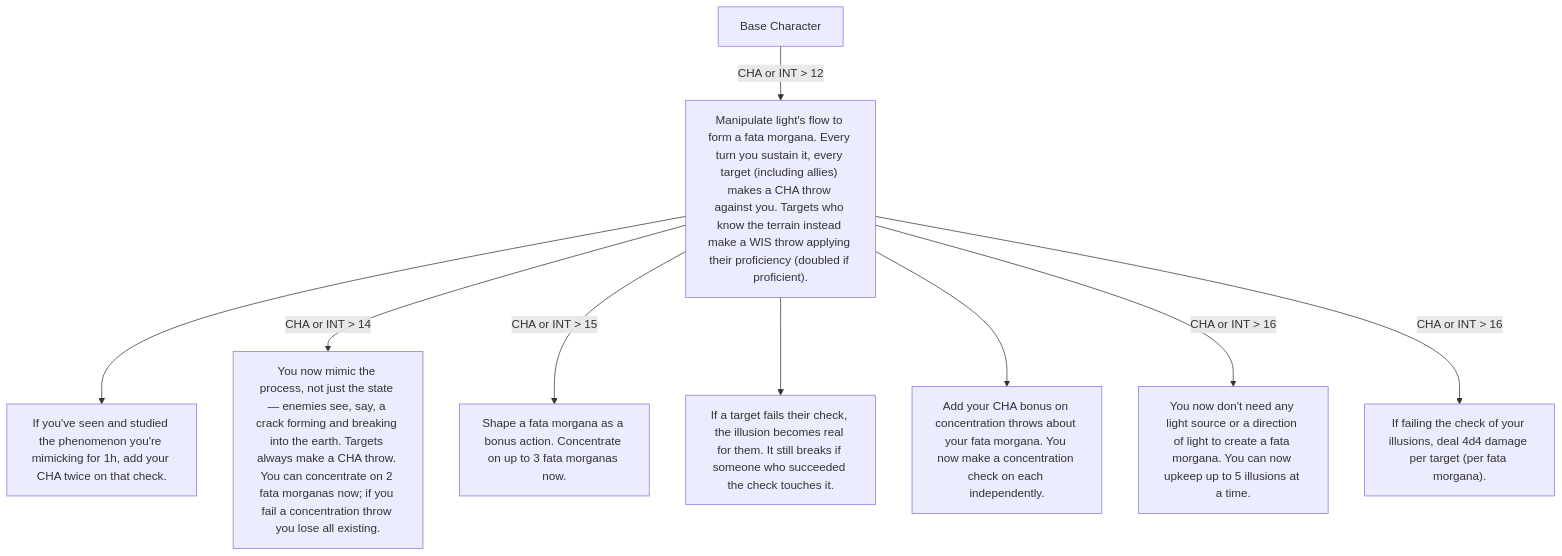
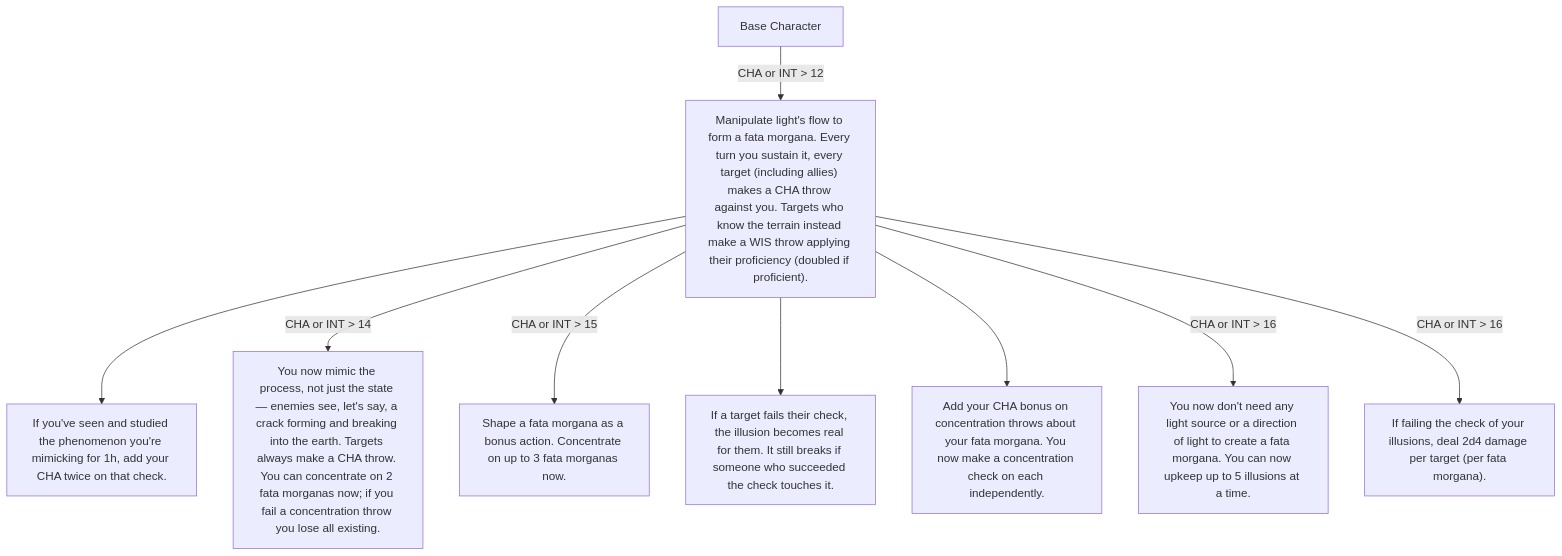
Before and after one commit to WiIdNeo/DnD-RealismHomeBrew: diagram 27 of 37 in Homebrew/Classes and Races/Classes/Class-Handbook.md, drawn with Mermaid. The commit also changed other lines of this file and 9 other files, not shown here.

````diff
--- a/Homebrew/Classes and Races/Classes/Class-Handbook.md
+++ b/Homebrew/Classes and Races/Classes/Class-Handbook.md
@@ -878,23 +874,23 @@
 ```mermaid
 flowchart TD
 
 A[Base Character]
 
 1["Manipulate light's flow to form a fata morgana. Every turn you sustain it, every target (including allies) makes a CHA throw against you. Targets who know the terrain instead make a WIS throw applying their proficiency (doubled if proficient)."]
 2["If you've seen and studied the phenomenon you're mimicking for 1h, add your CHA twice on that check."]
-3["You now mimic the process, not just the state — enemies see, say, a crack forming and breaking into the earth. Targets always make a CHA throw. You can concentrate on 2 fata morganas now; if you fail a concentration throw you lose all existing."]
+3["You now mimic the process, not just the state — enemies see, let's say, a crack forming and breaking into the earth. Targets always make a CHA throw. You can concentrate on 2 fata morganas now; if you fail a concentration throw you lose all existing."]
 4["If a target fails their check, the illusion becomes real for them. It still breaks if someone who succeeded the check touches it."]
 5["Shape a fata morgana as a bonus action. Concentrate on up to 3 fata morganas now."]
 6["Add your CHA bonus on concentration throws about your fata morgana. You now make a concentration check on each independently."]
-7["If failing the check of your illusions, deal 4d4 damage per target (per fata morgana)."]
+7["If failing the check of your illusions, deal 2d4 damage per target (per fata morgana)."]
 8["You now don't need any light source or a direction of light to create a fata morgana. You can now upkeep up to 5 illusions at a time."]
 
 A -->|CHA or INT > 12|1
 1 --> 2
 1 --> |CHA or INT > 14|3
 1 --> |CHA or INT > 15|5
 1 --> 4
 1 --> 6
 1 --> |CHA or INT > 16|8
 1 --> |CHA or INT > 16|7
 ```
````
